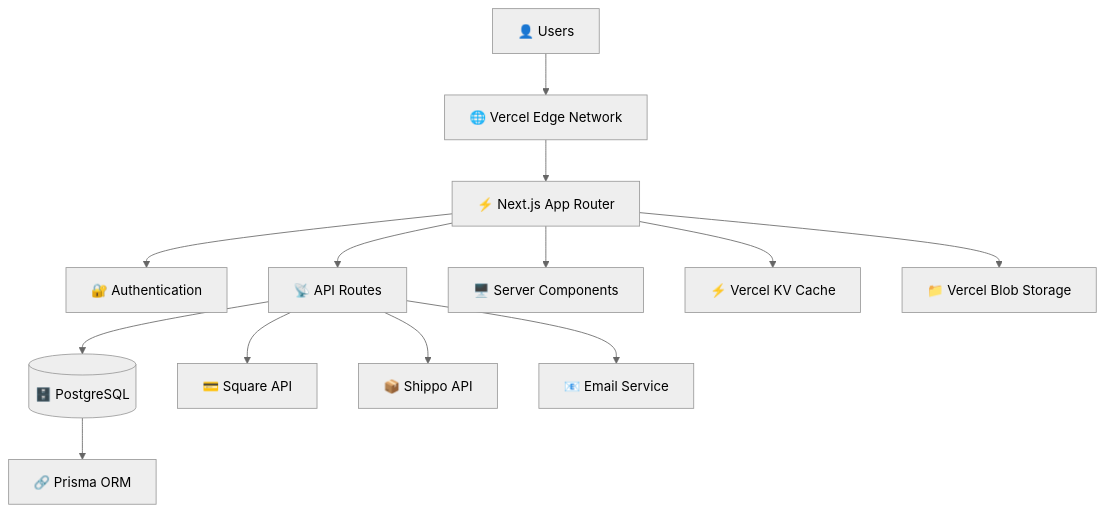
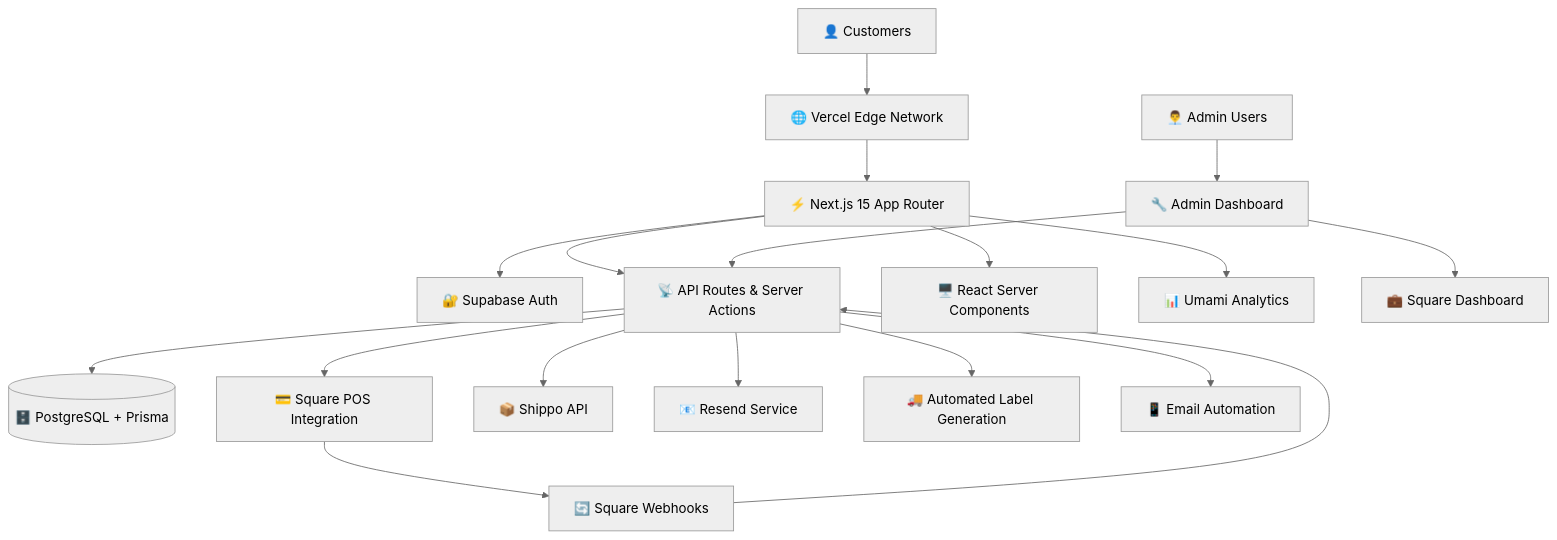
Before and after one commit to ReadySet1/destino-sf: the first of 4 diagrams in docs/architecture/system-overview.md, drawn with Mermaid (neutral theme). The commit also changed other lines of this file and 10 other files, not shown here.

````diff
--- a/docs/architecture/system-overview.md
+++ b/docs/architecture/system-overview.md
@@ -17,19 +28,26 @@
 ```mermaid
 graph TB
-    User[👤 Users] --> CDN[🌐 Vercel Edge Network]
-    CDN --> NextJS[⚡ Next.js App Router]
-
-    NextJS --> Auth[🔐 Authentication]
-    NextJS --> API[📡 API Routes]
-    NextJS --> SSR[🖥️ Server Components]
-
-    API --> DB[(🗄️ PostgreSQL)]
-    API --> Square[💳 Square API]
+    User[👤 Customers] --> CDN[🌐 Vercel Edge Network]
+    CDN --> NextJS[⚡ Next.js 15 App Router]
+    
+    NextJS --> Auth[🔐 Supabase Auth]
+    NextJS --> API[📡 API Routes & Server Actions]
+    NextJS --> SSR[🖥️ React Server Components]
+    
+    API --> DB[(🗄️ PostgreSQL + Prisma)]
+    API --> Square[💳 Square POS Integration]
     API --> Shippo[📦 Shippo API]
-    API --> Email[📧 Email Service]
-
-    DB --> Prisma[🔗 Prisma ORM]
-
-    NextJS --> Cache[⚡ Vercel KV Cache]
-    NextJS --> Storage[📁 Vercel Blob Storage]
+    API --> Email[📧 Resend Service]
+    
+    Square --> Webhooks[🔄 Square Webhooks]
+    Webhooks --> API
+    
+    API --> ShippingAutomation[🚚 Automated Label Generation]
+    API --> NotificationSystem[📱 Email Automation]
+    
+    NextJS --> Analytics[📊 Umami Analytics]
+    
+    Admin[👨‍💼 Admin Users] --> AdminPanel[🔧 Admin Dashboard]
+    AdminPanel --> API
+    AdminPanel --> SquareDashboard[💼 Square Dashboard]
 ```
````
